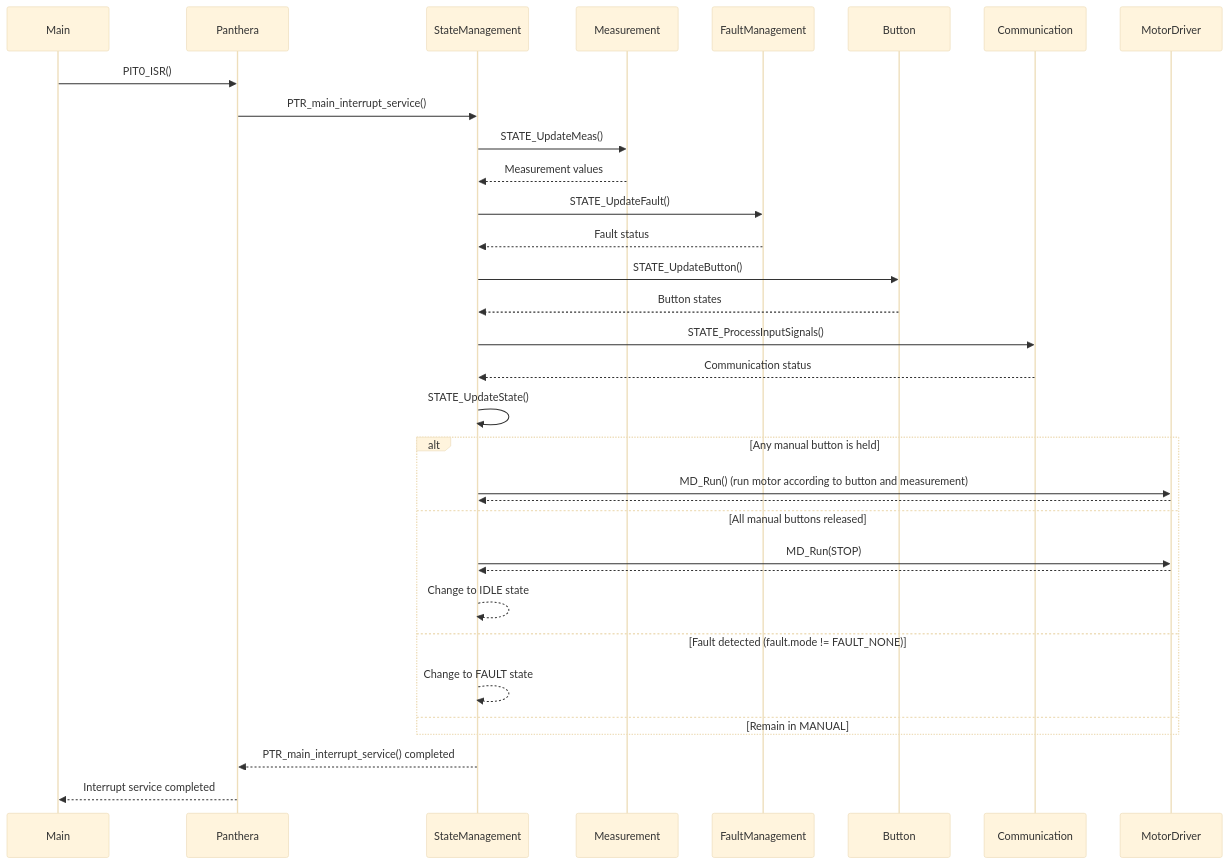
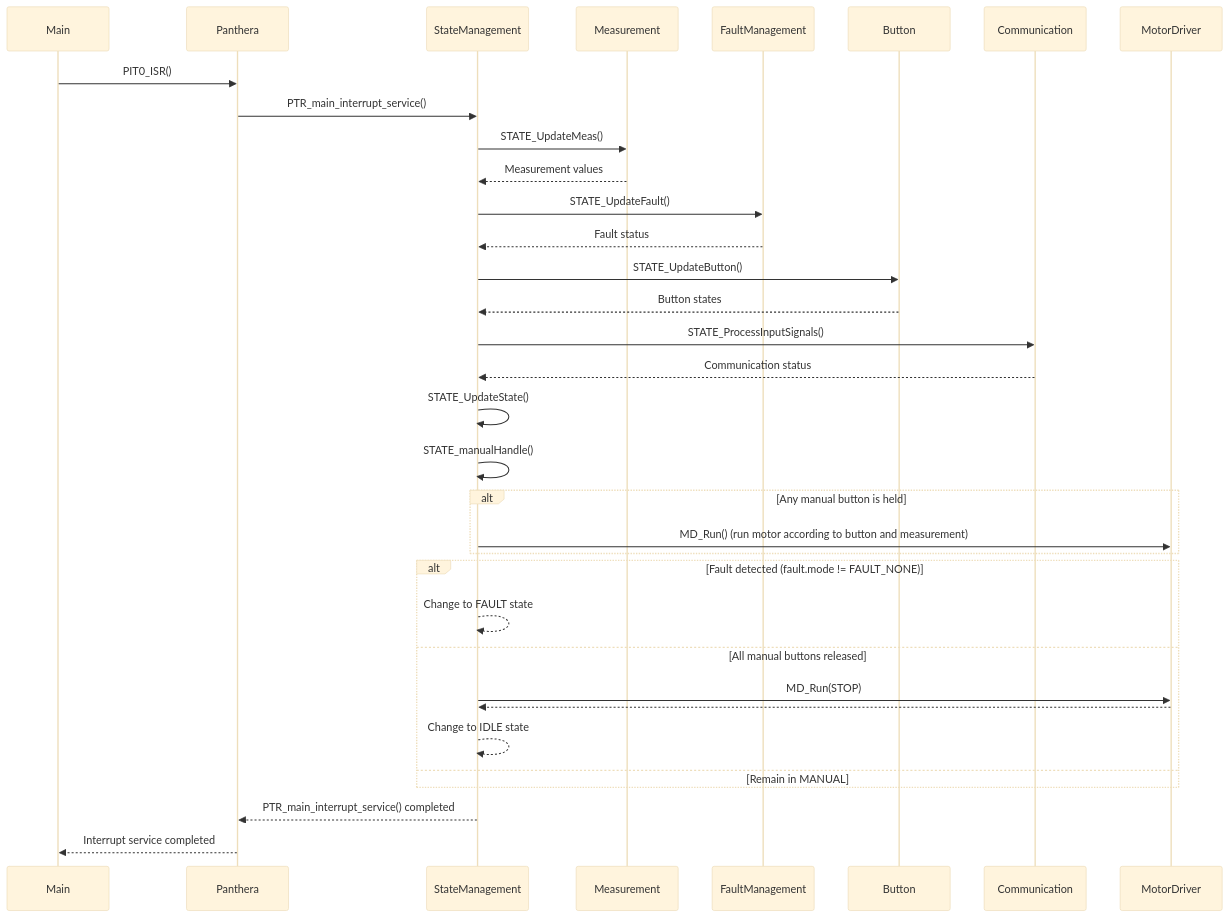
The diagram in Document/DetailState/State_Manual.md (lab-vncommic/PantheraProject), drawn with Mermaid (base theme) before and after one commit. The commit also changed 11 other files, not shown here.

````diff
--- a/Document/DetailState/State_Manual.md
+++ b/Document/DetailState/State_Manual.md
@@ -1,43 +1,46 @@
 ```mermaid
 sequenceDiagram
     participant Main as Main
     participant App as Panthera
     participant State as StateManagement
     participant Meas as Measurement
     participant Fault as FaultManagement
     participant Btn as Button
     participant Comm as Communication
     participant Motor as MotorDriver
 
     Main->>App: PIT0_ISR()
     App->>State: PTR_main_interrupt_service()
     State->>Meas: STATE_UpdateMeas()
     Meas-->>State: Measurement values
 
     State->>Fault: STATE_UpdateFault()
     Fault-->>State: Fault status
 
     State->>Btn: STATE_UpdateButton()
     Btn-->>State: Button states
 
     State->>Comm: STATE_ProcessInputSignals()
     Comm-->>State: Communication status
 
     State->>State: STATE_UpdateState()
 
-    %% MANUAL state logic
+    State->>State: STATE_manualHandle()
+
     alt Any manual button is held
         State->>Motor: MD_Run() (run motor according to button and measurement)
-        Motor-->>State:
+    end
+
+    %% MANUAL state logic
+    alt Fault detected (fault.mode != FAULT_NONE)
+        State-->>State: Change to FAULT state
     else All manual buttons released
         State->>Motor: MD_Run(STOP)
         Motor-->>State:
         State-->>State: Change to IDLE state
-    else Fault detected (fault.mode != FAULT_NONE)
-        State-->>State: Change to FAULT state
-    else Remain in MANUAL    
+    else Remain in MANUAL
     end
 
     State-->>App: PTR_main_interrupt_service() completed
     App-->>Main: Interrupt service completed
 ```
````
